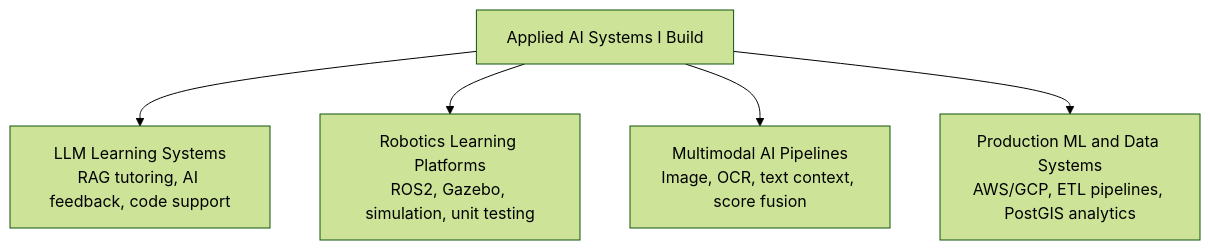
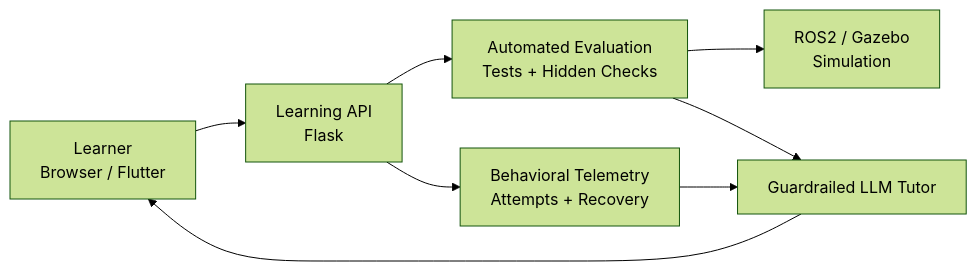
Before and after one commit to CS-Ponkoj/CS-Ponkoj: the diagram in README.md, drawn with Mermaid (forest theme). The commit also changed other lines of this file and 10 other files, not shown here.

````diff
--- a/README.md
+++ b/README.md
@@ -25,9 +48,10 @@
 ```mermaid
-flowchart TB
-    A["Applied AI Systems I Build"]
-
-    A --> B["LLM Learning Systems<br/>RAG tutoring, AI feedback, code support"]
-    A --> C["Robotics Learning Platforms<br/>ROS2, Gazebo, simulation, unit testing"]
-    A --> D["Multimodal AI Pipelines<br/>Image, OCR, text context, score fusion"]
-    A --> E["Production ML and Data Systems<br/>AWS/GCP, ETL pipelines, PostGIS analytics"]
+flowchart LR
+    A["Learner<br/>Browser / Flutter"] --> B["Learning API<br/>Flask"]
+    B --> C["Automated Evaluation<br/>Tests + Hidden Checks"]
+    C --> D["ROS2 / Gazebo<br/>Simulation"]
+    B --> E["Behavioral Telemetry<br/>Attempts + Recovery"]
+    C --> F["Guardrailed LLM Tutor"]
+    E --> F
+    F --> A
 ```
````
